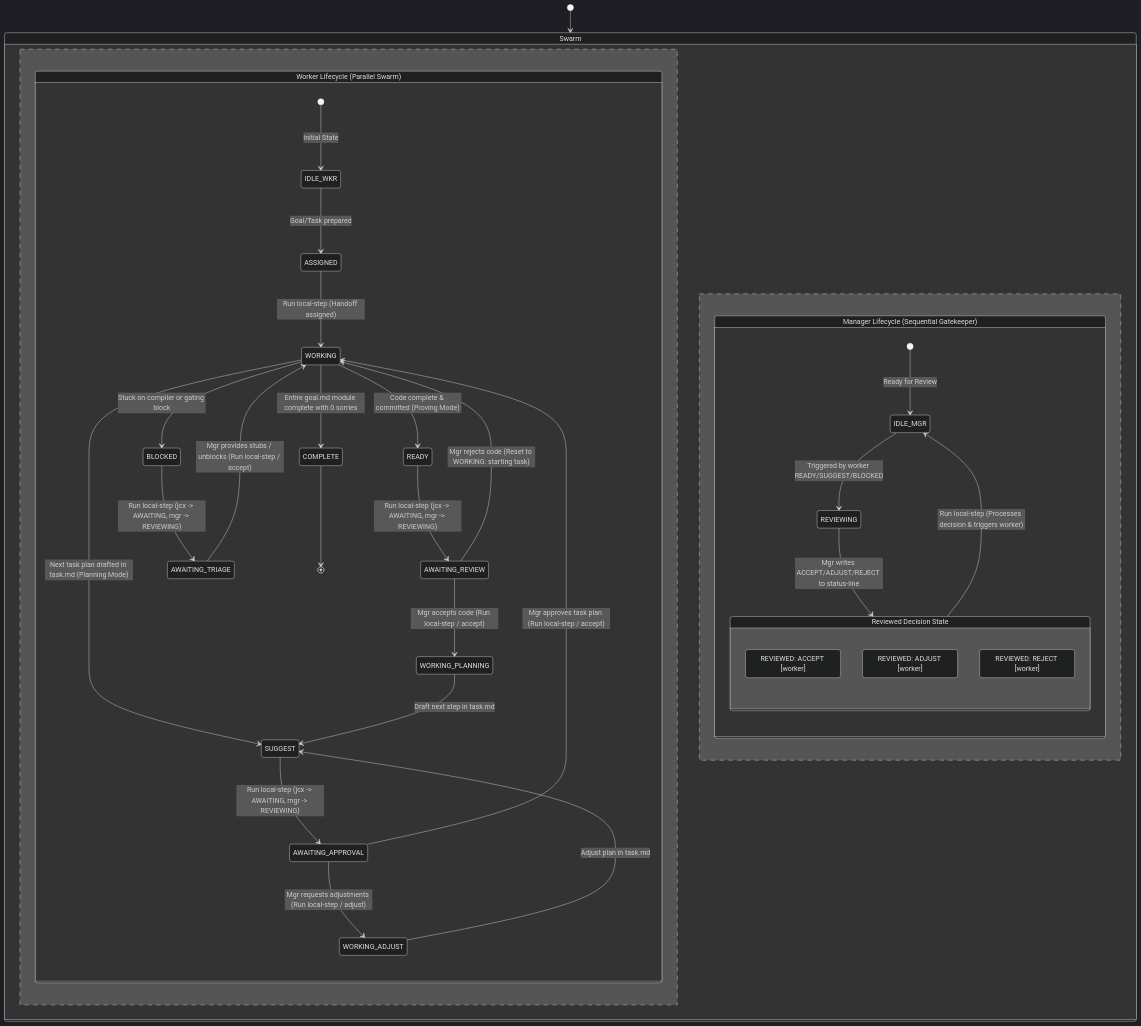
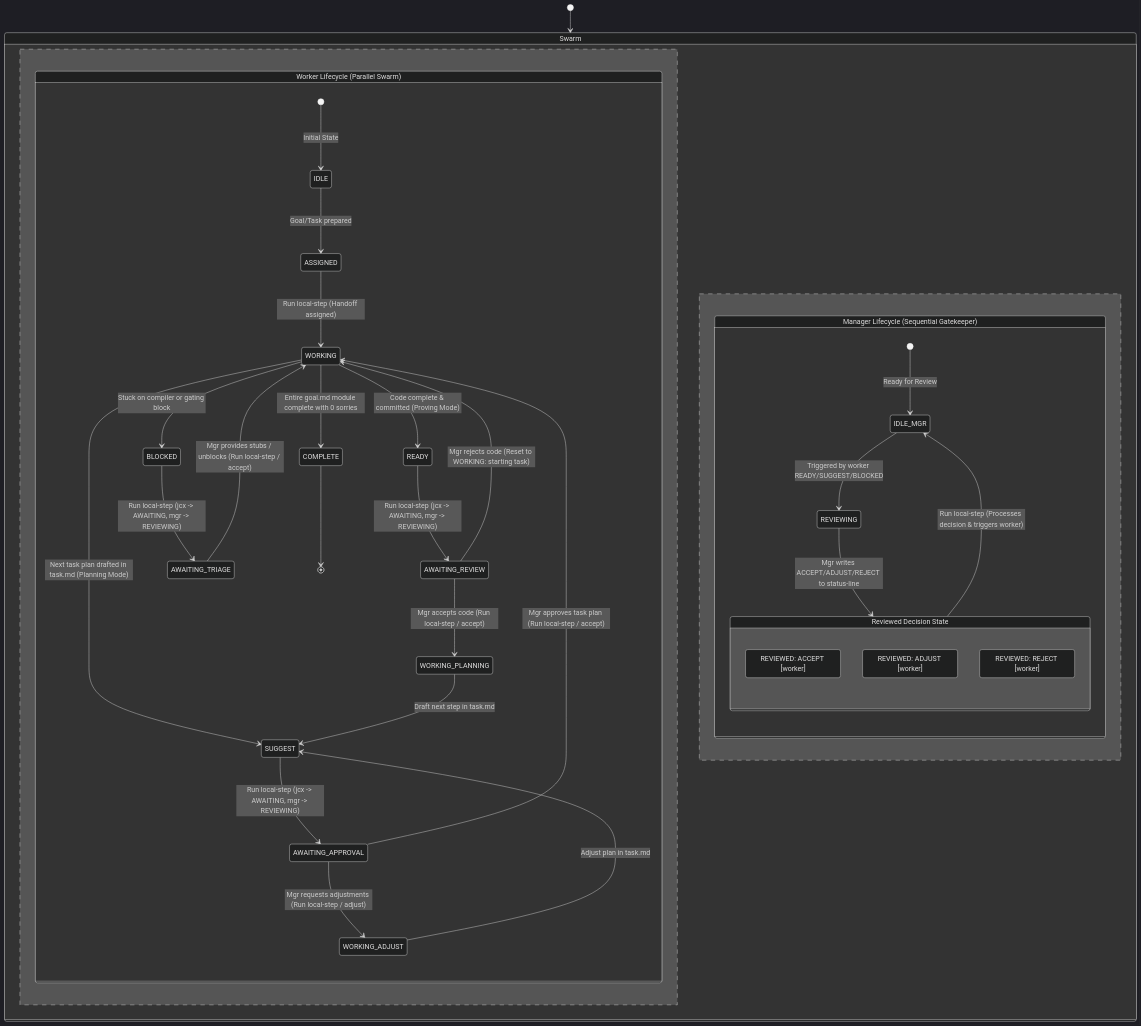
Before and after one commit to tangentstorm/scialect: the diagram in docs/state-machine.md, drawn with Mermaid (dark theme).

Commit message:
docs: rename IDLE_WKR to IDLE to model interchangeable workers

````diff
--- a/docs/state-machine.md
+++ b/docs/state-machine.md
@@ -13,46 +13,46 @@
 ```mermaid
 stateDiagram-v2
     [*] --> Swarm
     state Swarm {
         state "Worker Lifecycle (Parallel Swarm)" as WorkerLifecycle {
-            [*] --> IDLE_WKR : Initial State
-            IDLE_WKR --> ASSIGNED : Goal/Task prepared
+            [*] --> IDLE : Initial State
+            IDLE --> ASSIGNED : Goal/Task prepared
             ASSIGNED --> WORKING : Run local-step (Handoff assigned)
             
             WORKING --> READY : Code complete & committed (Proving Mode)
             WORKING --> SUGGEST : Next task plan drafted in task.md (Planning Mode)
             WORKING --> BLOCKED : Stuck on compiler or gating block
             
             READY --> AWAITING_REVIEW : Run local-step (jcx -> AWAITING, mgr -> REVIEWING)
             SUGGEST --> AWAITING_APPROVAL : Run local-step (jcx -> AWAITING, mgr -> REVIEWING)
             BLOCKED --> AWAITING_TRIAGE : Run local-step (jcx -> AWAITING, mgr -> REVIEWING)
             
             AWAITING_REVIEW --> WORKING_PLANNING : Mgr accepts code (Run local-step / accept)
             AWAITING_APPROVAL --> WORKING : Mgr approves task plan (Run local-step / accept)
             AWAITING_TRIAGE --> WORKING : Mgr provides stubs / unblocks (Run local-step / accept)
             
             AWAITING_REVIEW --> WORKING : Mgr rejects code (Reset to WORKING: starting task)
             AWAITING_APPROVAL --> WORKING_ADJUST : Mgr requests adjustments (Run local-step / adjust)
             
             WORKING_PLANNING --> SUGGEST : Draft next step in task.md
             WORKING_ADJUST --> SUGGEST : Adjust plan in task.md
             
             WORKING --> COMPLETE : Entire goal.md module complete with 0 sorries
             COMPLETE --> [*]
         }
         --
         state "Manager Lifecycle (Sequential Gatekeeper)" as ManagerLifecycle {
             [*] --> IDLE_MGR : Ready for Review
             IDLE_MGR --> REVIEWING : Triggered by worker READY/SUGGEST/BLOCKED
             REVIEWING --> REVIEWED_DECISION : Mgr writes ACCEPT/ADJUST/REJECT to status-line
             
             state "Reviewed Decision State" as REVIEWED_DECISION {
                 REVIEWED_ACCEPT : REVIEWED: ACCEPT [worker]
                 REVIEWED_ADJUST : REVIEWED: ADJUST [worker]
                 REVIEWED_REJECT : REVIEWED: REJECT [worker]
             }
             
             REVIEWED_DECISION --> IDLE_MGR : Run local-step (Processes decision & triggers worker)
         }
     }
 ```
````
